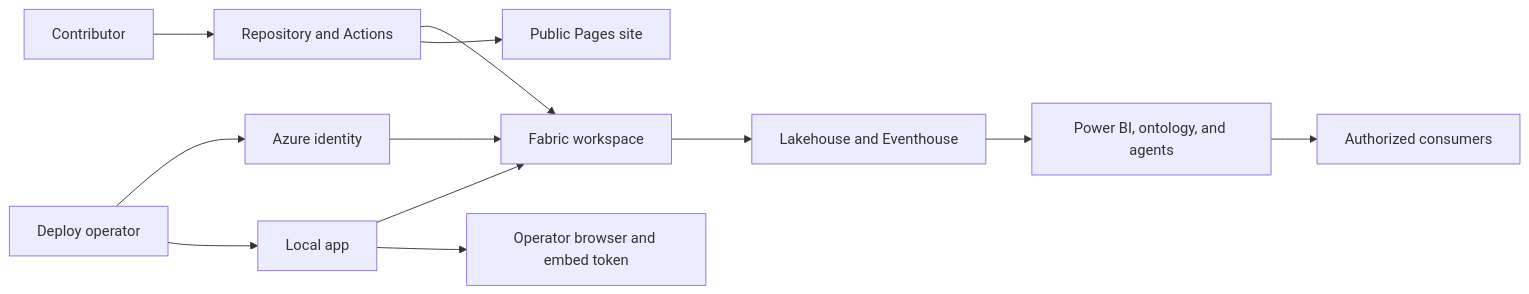
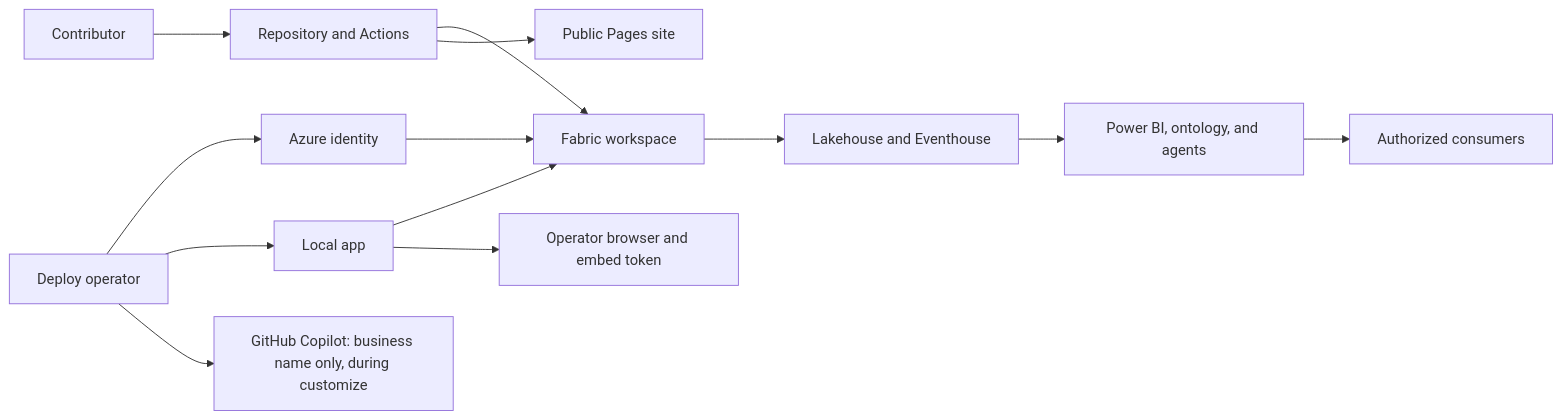
The diagram in docs/design/security/threat-model.md (amattas/retail-demo), drawn with Mermaid before and after one commit. The commit also changed other lines of this file and 62 other files, not shown here.

````diff
--- a/docs/design/security/threat-model.md
+++ b/docs/design/security/threat-model.md
@@ -33,14 +33,15 @@
 ```mermaid
 flowchart LR
     Contributor[Contributor] --> GitHub[Repository and Actions]
     Operator[Deploy operator] --> Auth[Azure identity]
     GitHub --> Fabric[Fabric workspace]
     Auth --> Fabric
     Fabric --> Data[Lakehouse and Eventhouse]
     Data --> BI[Power BI, ontology, and agents]
     BI --> Consumer[Authorized consumers]
     Operator --> App[Local app]
     App --> Fabric
     App --> Browser[Operator browser and embed token]
+    Operator --> Copilot[GitHub Copilot: business name only, during customize]
     GitHub --> Pages[Public Pages site]
 ```
````
